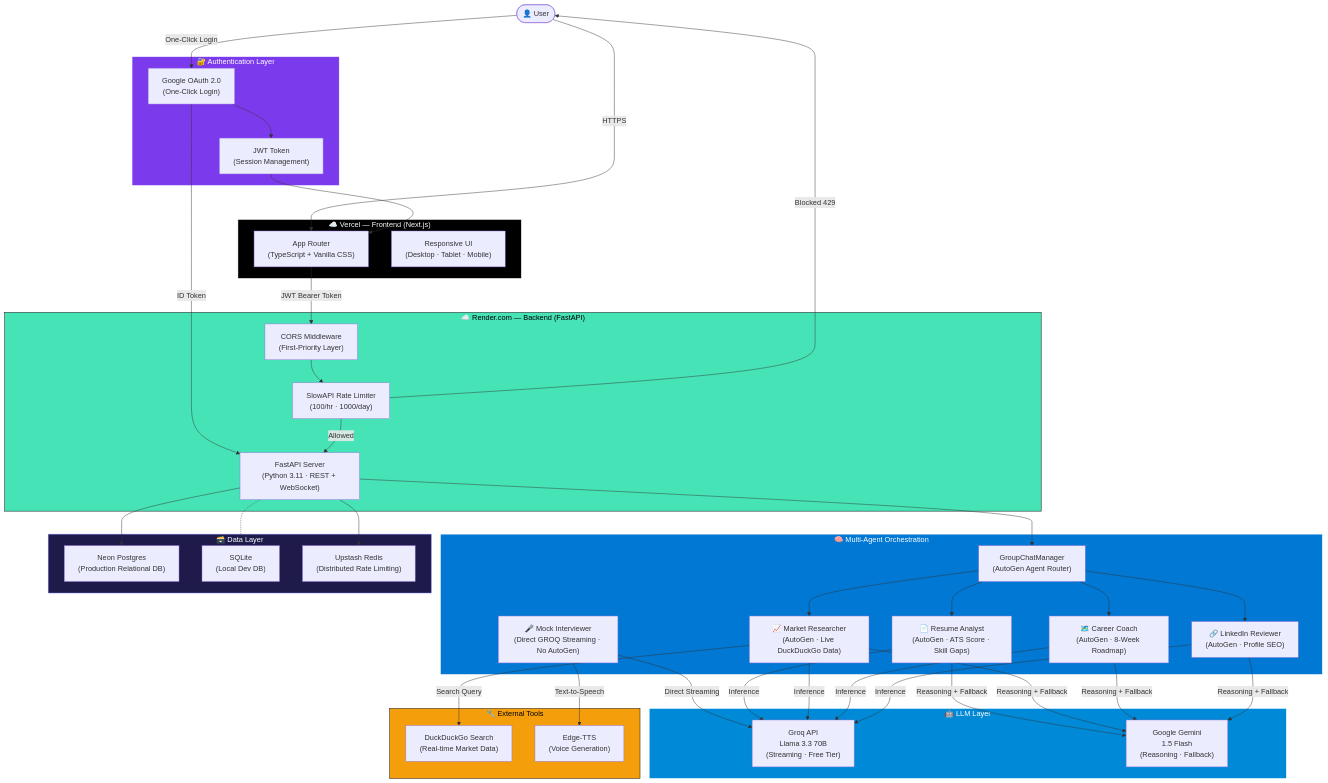
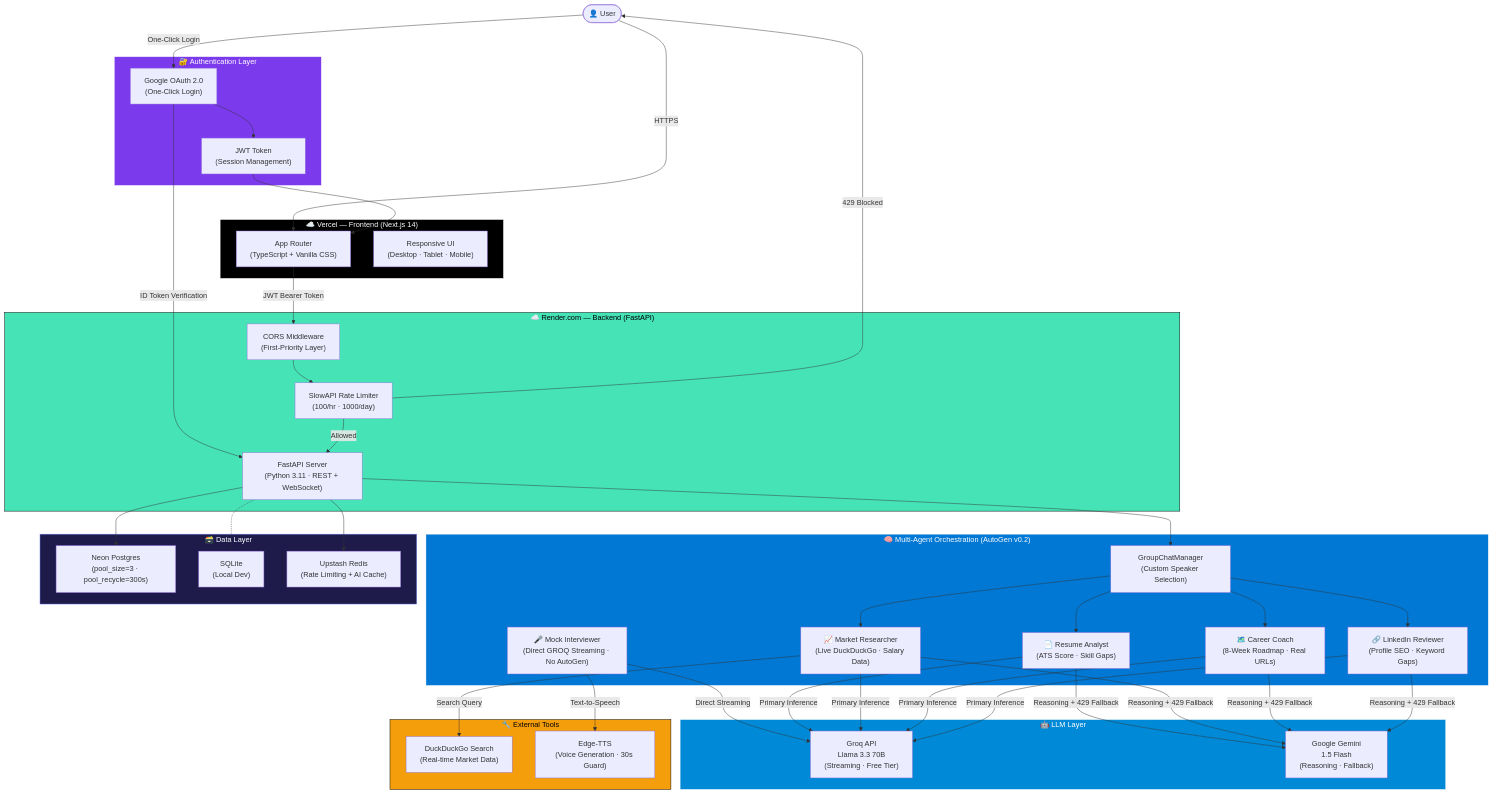
The diagram in README.md (Anil-Pradhan-web/ai-career-mentor), drawn with Mermaid before and after one commit. The commit also changed other lines of this file, not shown here.

````diff
--- a/README.md
+++ b/README.md
@@ -64,73 +168,73 @@
 ```mermaid
 flowchart TD
     User(["👤 User"])
 
     subgraph Auth ["🔐 Authentication Layer"]
         GOOGLE["Google OAuth 2.0\n(One-Click Login)"]
         JWT["JWT Token\n(Session Management)"]
     end
 
-    subgraph Vercel ["☁️ Vercel — Frontend (Next.js)"]
+    subgraph Vercel ["☁️ Vercel — Frontend (Next.js 14)"]
         FE["App Router\n(TypeScript + Vanilla CSS)"]
         RESP["Responsive UI\n(Desktop · Tablet · Mobile)"]
     end
 
     subgraph Render ["☁️ Render.com — Backend (FastAPI)"]
         CORS["CORS Middleware\n(First-Priority Layer)"]
         RATE["SlowAPI Rate Limiter\n(100/hr · 1000/day)"]
         API["FastAPI Server\n(Python 3.11 · REST + WebSocket)"]
     end
 
-    subgraph Agents ["🧠 Multi-Agent Orchestration"]
-        ORCH["GroupChatManager\n(AutoGen Agent Router)"]
-        A1["📄 Resume Analyst\n(AutoGen · ATS Score · Skill Gaps)"]
-        A2["📈 Market Researcher\n(AutoGen · Live DuckDuckGo Data)"]
-        A3["🗺️ Career Coach\n(AutoGen · 8-Week Roadmap)"]
+    subgraph Agents ["🧠 Multi-Agent Orchestration (AutoGen v0.2)"]
+        ORCH["GroupChatManager\n(Custom Speaker Selection)"]
+        A1["📄 Resume Analyst\n(ATS Score · Skill Gaps)"]
+        A2["📈 Market Researcher\n(Live DuckDuckGo · Salary Data)"]
+        A3["🗺️ Career Coach\n(8-Week Roadmap · Real URLs)"]
         A4["🎤 Mock Interviewer\n(Direct GROQ Streaming · No AutoGen)"]
-        A5["🔗 LinkedIn Reviewer\n(AutoGen · Profile SEO)"]
+        A5["🔗 LinkedIn Reviewer\n(Profile SEO · Keyword Gaps)"]
     end
 
     subgraph LLM ["🤖 LLM Layer"]
         GROQ["Groq API\nLlama 3.3 70B\n(Streaming · Free Tier)"]
         GOOGLE_AI["Google Gemini\n1.5 Flash\n(Reasoning · Fallback)"]
     end
 
     subgraph Tools ["🔧 External Tools"]
         DDG["DuckDuckGo Search\n(Real-time Market Data)"]
-        TTS["Edge-TTS\n(Voice Generation)"]
+        TTS["Edge-TTS\n(Voice Generation · 30s Guard)"]
     end
 
     subgraph DB ["🗃️ Data Layer"]
-        POSTGRES["Neon Postgres\n(Production Relational DB)"]
-        SQLITE["SQLite\n(Local Dev DB)"]
-        REDIS["Upstash Redis\n(Distributed Rate Limiting)"]
+        POSTGRES["Neon Postgres\n(pool_size=3 · pool_recycle=300s)"]
+        SQLITE["SQLite\n(Local Dev)"]
+        REDIS["Upstash Redis\n(Rate Limiting + AI Cache)"]
     end
 
     User -->|"HTTPS"| FE
     User -->|"One-Click Login"| GOOGLE
-    GOOGLE -->|"ID Token"| API
+    GOOGLE -->|"ID Token Verification"| API
     FE -->|"JWT Bearer Token"| CORS
     CORS --> RATE
     RATE -->|"Allowed"| API
-    RATE -->|"Blocked 429"| User
+    RATE -->|"429 Blocked"| User
     API --> ORCH
     ORCH --> A1 & A2 & A3 & A5
     A4 -->|"Direct Streaming"| GROQ
-    A1 & A2 & A3 & A5 -->|"Inference"| GROQ
-    A1 & A2 & A3 & A5 -->|"Reasoning + Fallback"| GOOGLE_AI
+    A1 & A2 & A3 & A5 -->|"Primary Inference"| GROQ
+    A1 & A2 & A3 & A5 -->|"Reasoning + 429 Fallback"| GOOGLE_AI
     A2 -->|"Search Query"| DDG
     A4 -->|"Text-to-Speech"| TTS
     API --> POSTGRES
     API -.- SQLITE
     API --> REDIS
     GOOGLE --> JWT
     JWT --> FE
 
     style Vercel fill:#000,stroke:#fff,color:#fff
     style Render fill:#46E3B7,stroke:#000,color:#000
     style Agents fill:#0078D4,stroke:#fff,color:#fff
     style LLM fill:#0089D6,stroke:#fff,color:#fff
     style DB fill:#1e1b4b,stroke:#818cf8,color:#fff
     style Auth fill:#7c3aed,stroke:#fff,color:#fff
     style Tools fill:#f59e0b,stroke:#000,color:#000
 ```
````
